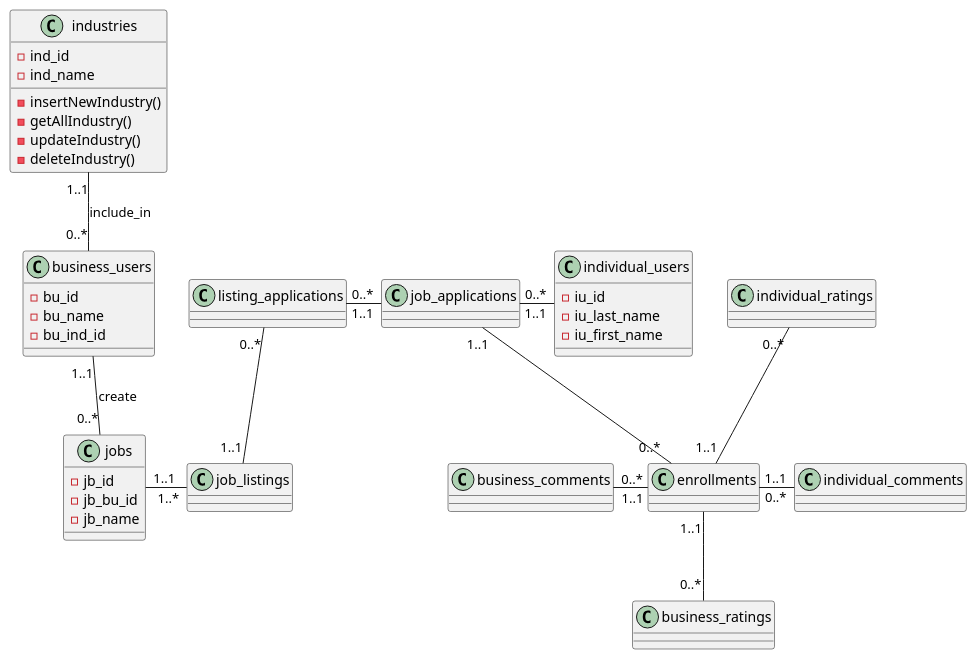
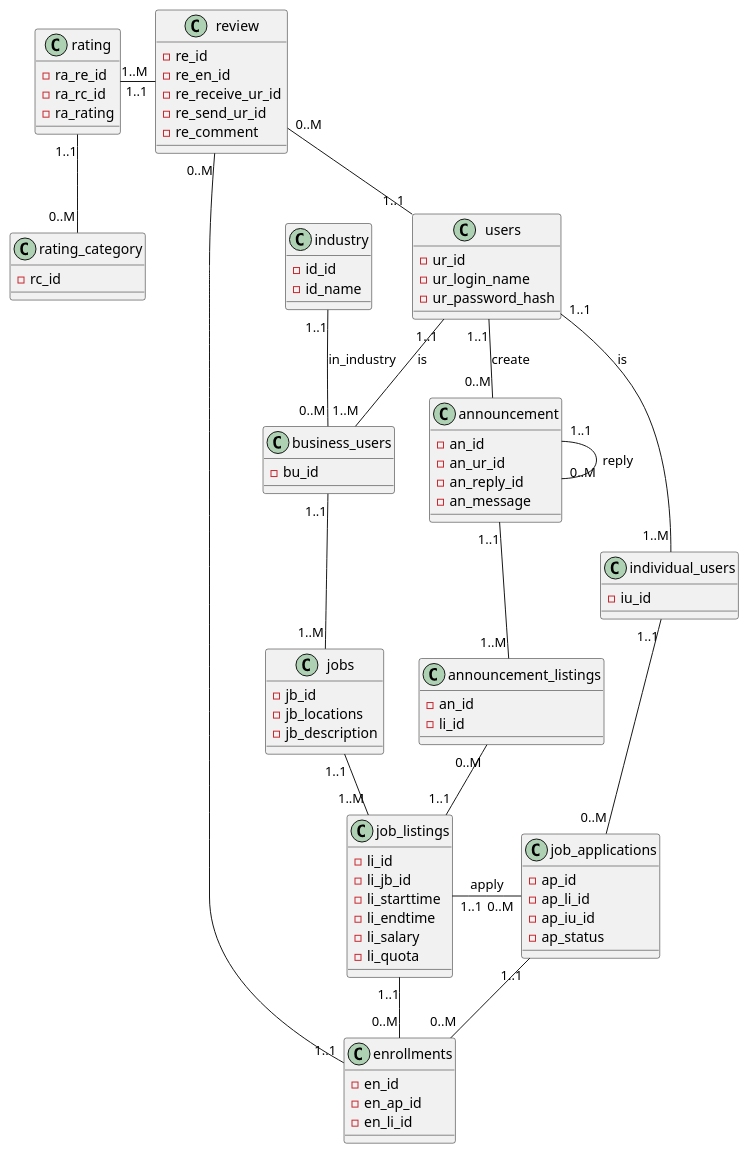
One commit to charleschen35353/manbaseHK changed the diagram in README.md. Above: the diagram before and after it, drawn with PlantUML. The commit also changed other lines of this file, not shown here.

Commit message:
20200328 Updated the Class Diagram

````diff
--- a/README.md
+++ b/README.md
@@ -6,99 +6,113 @@
 @startuml
     class business_users {
         - bu_id
-        - bu_name
-        - bu_ind_id
     }
 
-    class industries {
-        - ind_id
-        - ind_name
-        - insertNewIndustry()
-        - getAllIndustry()
-        - updateIndustry()
-        - deleteIndustry()
+    class individual_users {
+        - iu_id
     }
 
     class jobs {
         - jb_id
-        - jb_bu_id
-        - jb_name
-
+        - jb_locations
+        - jb_description
     }
 
     class job_listings {
-
-    }
-
-    class listing_applications {
-
+        - li_id
+        - li_jb_id
+        - li_starttime
+        - li_endtime
+        - li_salary
+        - li_quota
     }
 
     class job_applications {
-
-    }
-
-    class individual_users {
-        - iu_id
-        - iu_last_name
-        - iu_first_name
+        - ap_id
+        - ap_li_id
+        - ap_iu_id
+        - ap_status
     }
 
     class enrollments {
-
+        - en_id
+        - en_ap_id
+        - en_li_id
     }
 
-    class business_ratings {
-
+    class announcement {
+        - an_id
+        - an_ur_id
+        - an_reply_id
+        - an_message
     }
 
-    class business_comments {
-
+    class announcement_listings {
+        - an_id
+        - li_id
     }
 
-    class individual_ratings {
-
+    class industry {
+        - id_id
+        - id_name
     }
 
-    class individual_comments {
-
+    class users {
+        - ur_id
+        - ur_login_name
+        - ur_password_hash
     }
 
-    industries "1..1" -- "0..*" business_users : include_in
-
-    business_users "1..1" --"0..*" jobs: create
-
-    jobs "1..1" - "1..*" job_listings
-
-    listing_applications "0..*" -- "1..1" job_listings
-
-    listing_applications "0..*" - "1..1" job_applications
-
-    job_applications "0..*" - "1..1" individual_users
-
-    job_applications "1..1" -down- "0..*" enrollments
-
-    business_ratings "0..*" -up- "1..1" enrollments
-
-    business_comments "0..*" - "1..1" enrollments
-
-    individual_ratings "0..*" -- "1..1" enrollments
-
-    individual_comments "0..*" -left- "1..1" enrollments
-
-    together {
-        class individual_users
-        class business_users
+    class rating_category {
+        - rc_id
     }
 
-    together {
-        class individual_ratings
-        class individual_comments
+    class rating {
+        - ra_re_id
+        - ra_rc_id
+        - ra_rating
     }
 
-    together {
-        class business_ratings
-        class business_comments
+    class review {
+        - re_id
+        - re_en_id
+        - re_receive_ur_id
+        - re_send_ur_id
+        - re_comment
     }
+
+    users "1..1" -- "0..M" announcement: create
+
+    announcement "1..1" -- "0..M" announcement: reply
+
+    users "1..1" -- "1..M" individual_users: is
+
+    users "1..1" -- "1..M" business_users: is
+
+    industry "1..1" -- "0..M" business_users: in_industry
+
+    business_users "1..1" -- "1..M" jobs
+
+    job_listings "1..1" - "0..M" job_applications: apply
+
+    jobs "1..1" -- "1..M" job_listings
+
+    job_applications "0..M" -up- "1..1" individual_users
+
+    job_listings "1..1" -- "0..M" enrollments
+
+    job_applications "1..1" -- "0..M" enrollments
+
+    announcement "1..1" -- "1..M" announcement_listings
+
+    announcement_listings "0..M" -- "1..1" job_listings
+
+    enrollments "1..1" -- "0..M" review
+
+    review "1..1" -left- "1..M" rating
+
+    review "0..M" -- "1..1" users
+
+    rating "1..1" -- "0..M" rating_category
 @enduml
 ```
````
